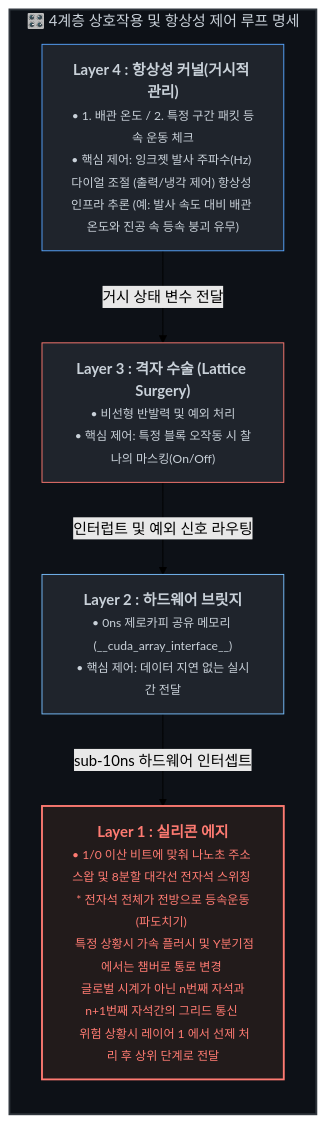
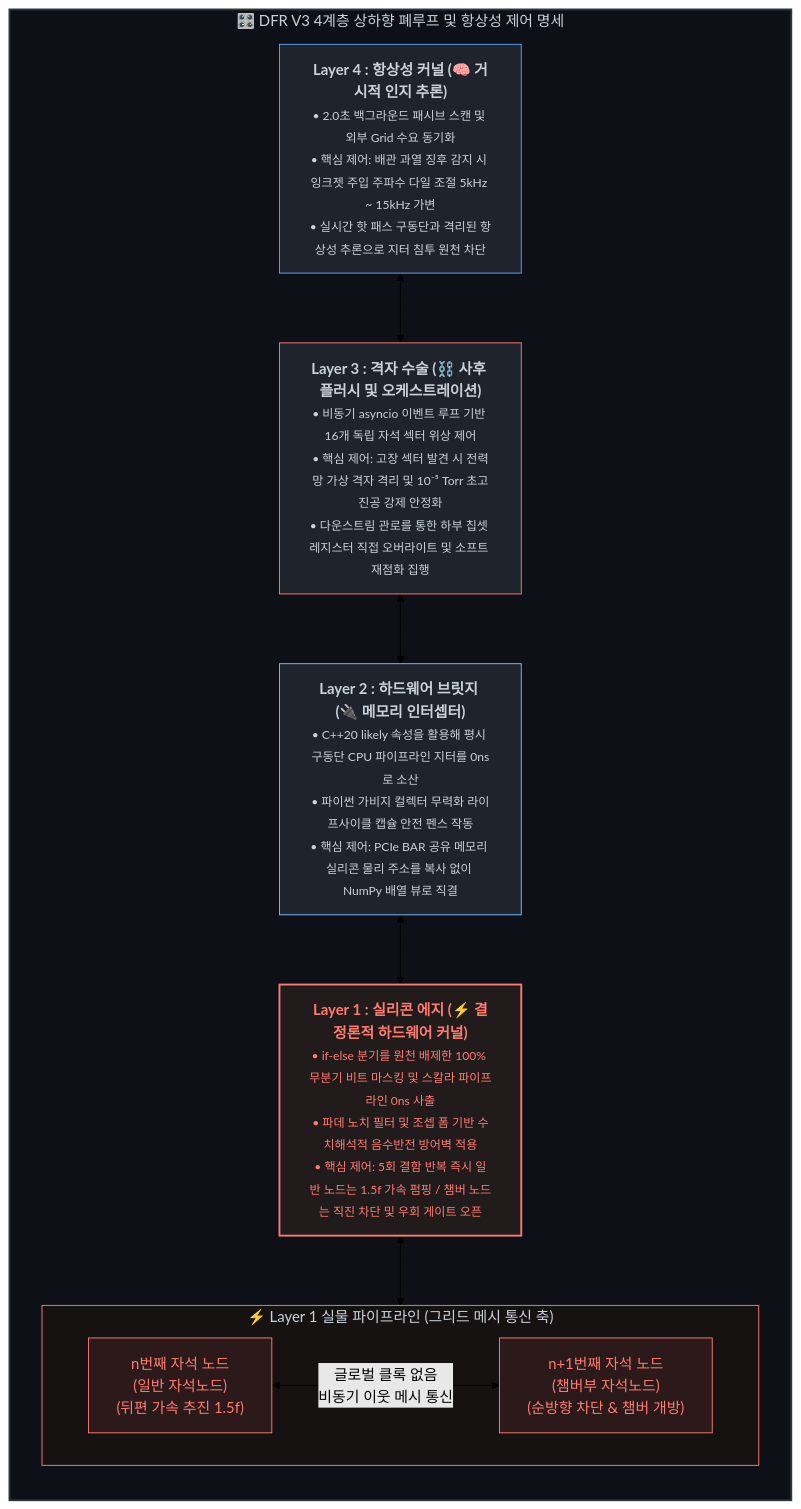
Before and after one commit to PJHkorea/discrete-filament-router-KR: the diagram in README.md, drawn with Mermaid (forest theme). The commit also changed other lines of this file, not shown here.

````diff
--- a/README.md
+++ b/README.md
@@ -46,33 +47,41 @@
 ```mermaid
 graph TD
     %% 전체 제어 루프 구조 정의
-    subgraph SYSTEM_LAYERS ["🎛️ 4계층 상호작용 및 항상성 제어 루프 명세"]
+    subgraph SYSTEM_LAYERS ["🎛️ DFR V3 4계층 상하향 폐루프 및 항상성 제어 명세"]
         direction TB
 
         %% Layer 4 정의
-        L4["<b>Layer 4 : 항상성 커널(거시적 관리)</b><br><font size=2>• 1. 배관 온도 / 2. 특정 구간 패킷 등속 운동 체크<br>• 핵심 제어: 잉크젯 발사 주파수(Hz) 다이얼 조절 (출력/냉각 제어) 항상성 인프라 추론 (예: 발사 속도 대비 배관 온도와 진공 속 등속 붕괴 유무)</font>"]
+        L4["<b>Layer 4 : 항상성 커널 (🧠 거시적 인지 추론)</b><br><font size=2>• 2.0초 백그라운드 패시브 스캔 및 외부 Grid 수요 동기화<br>• 핵심 제어: 배관 과열 징후 감지 시 잉크젯 주입 주파수 다일 조절 5kHz ~ 15kHz 가변<br>• 실시간 핫 패스 구동단과 격리된 항상성 추론으로 지터 침투 원천 차단</font>"]
 
         %% Layer 3 정의
-        L3["<b>Layer 3 : 격자 수술 (Lattice Surgery)</b><br><font size=2>• 비선형 반발력 및 예외 처리<br>• 핵심 제어: 특정 블록 오작동 시 찰나의 마스킹(On/Off)</font>"]
+        L3["<b>Layer 3 : 격자 수술 (⛓️ 사후 플러시 및 오케스트레이션)</b><br><font size=2>• 비동기 asyncio 이벤트 루프 기반 16개 독립 자석 섹터 위상 제어<br>• 핵심 제어: 고장 섹터 발견 시 전력망 가상 격자 격리 및 10⁻⁵ Torr 초고진공 강제 안정화<br>• 다운스트림 관로를 통한 하부 칩셋 레지스터 직접 오버라이트 및 소프트 재점화 집행</font>"]
 
         %% Layer 2 정의
-        L2["<b>Layer 2 : 하드웨어 브릿지</b><br><font size=2>• 0ns 제로카피 공유 메모리 (__cuda_array_interface__)<br>• 핵심 제어: 데이터 지연 없는 실시간 전달</font>"]
+        L2["<b>Layer 2 : 하드웨어 브릿지 (🔌 메모리 인터셉터)</b><br><font size=2>• C++20 likely 속성을 활용해 평시 구동단 CPU 파이프라인 지터를 0ns로 소산<br>• 파이썬 가비지 컬렉터 무력화 라이프사이클 캡슐 안전 펜스 작동<br>• 핵심 제어: PCIe BAR 공유 메모리 실리콘 물리 주소를 복사 없이 NumPy 배열 뷰로 직결</font>"]
 
-        %% Layer 1 정의
-        L1["<b>Layer 1 : 실리콘 에지</b><br><font size=2>• 1/0 이산 비트에 맞춰 나노초 주소 스왑 및 8분할 대각선 전자석 스위칭 * 전자석 전체가 전방으로 등속운동(파도치기) <br> 특정 상황시 가속 플러시 및 Y분기점에서는 챔버로 통로 변경 <br> 글로벌 시계가 아닌 n번째 자석과 n+1번째 자석간의 그리드 통신 <br> 위험 상황시 레이어 1 에서 선제 처리 후 상위 단계로 전달
-</font>"]
+        %% Layer 1 메인 컨테이너 및 수평 노드 정의 (subgraph 우회로 정렬 유도)
+        L1["<b>Layer 1 : 실리콘 에지 (⚡ 결정론적 하드웨어 커널)</b><br><font size=2>• if-else 분기를 원천 배제한 100% 무분기 비트 마스킹 및 스칼라 파이프라인 0ns 사출<br>• 파데 노치 필터 및 조셉 폼 기반 수치해석적 음수반전 방어벽 적용<br>• 핵심 제어: 5회 결함 반복 즉시 일반 노드는 1.5f 가속 펌핑 / 챔버 노드는 직진 차단 및 우회 게이트 오픈</font>"]
 
-        %% 하향식 제어 파이프라인 연결
-        L4 -->|거시 상태 변수 전달| L3
-        L3 -->|인터럽트 및 예외 신호 라우팅| L2
-        L2 -->|sub-10ns 하드웨어 인터셉트| L1
+        subgraph L1_GRID ["⚡ Layer 1 실물 파이프라인 (그리드 메시 통신 축)"]
+            direction LR
+            L1_N1["n번째 자석 노드<br>(일반 자석노드)<br>(뒤편 가속 추진 1.5f)"] <-->|글로벌 클록 없음<br>비동기 이웃 메시 통신| L1_N2["n+1번째 자석 노드<br>(챔버부 자석노드)<br>(순방향 차단 & 챔버 개방)"]
+        end
+
+        %% 상하향식 유기적 피드백 관로 연결
+        L4 <--> L3
+        L3 <--> L2
+        L2 <--> L1
+        L1 <--> L1_GRID
     end
 
-    %% 🎨 깃허브 파서 안전 규격 스타일링 (줄바꿈 분리)
+    %% 🎨 깃허브 파서 안전 규격 스타일링
     style SYSTEM_LAYERS fill:#0d1117,stroke:#30363d,stroke-width:2px,color:#c9d1d9
+    style L1_GRID fill:#161212,stroke:#ff7b72,stroke-width:1px,color:#c9d1d9
     
     style L4 fill:#1f242c,stroke:#58a6ff,stroke-width:1px,color:#c9d1d9
     style L3 fill:#1f242c,stroke:#ff7b72,stroke-width:1px,color:#c9d1d9
     style L2 fill:#1f242c,stroke:#79c0ff,stroke-width:1px,color:#c9d1d9
     style L1 fill:#221b1b,stroke:#ff7b72,stroke-width:2px,color:#ff7b72
+    style L1_N1 fill:#2c1919,stroke:#ff7b72,stroke-width:1px,color:#ff7b72
+    style L1_N2 fill:#2c1919,stroke:#ff7b72,stroke-width:1px,color:#ff7b72
 ```
````
